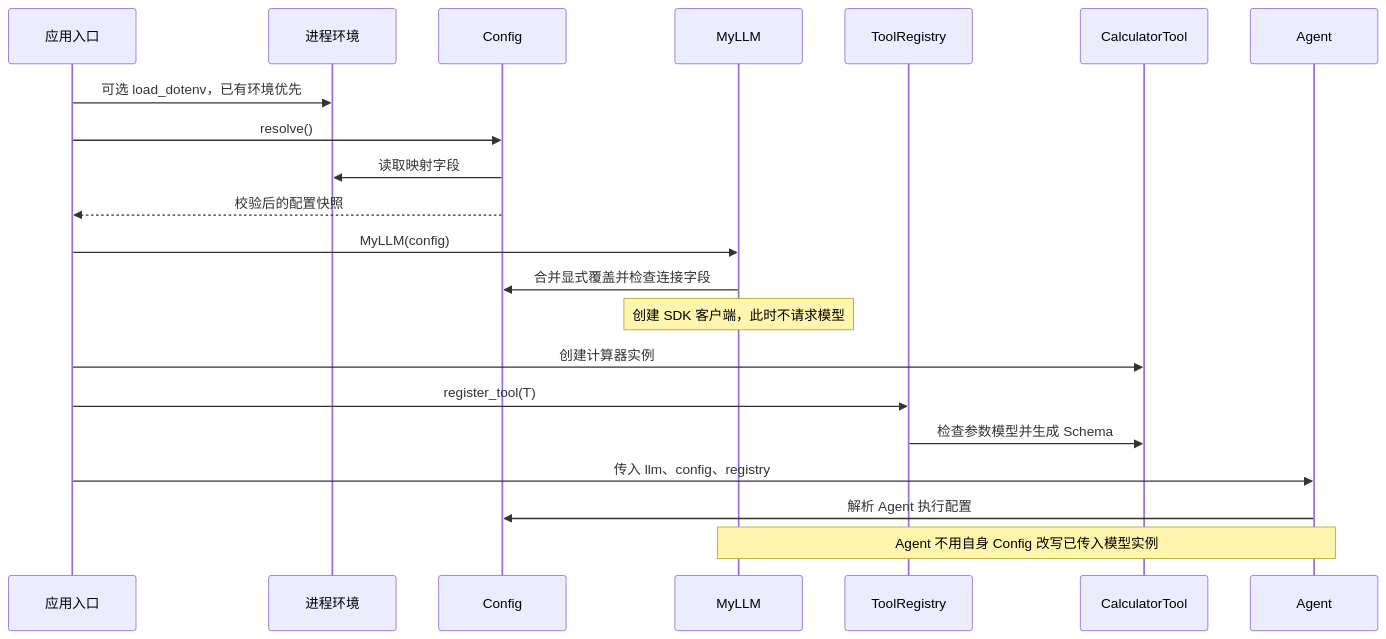
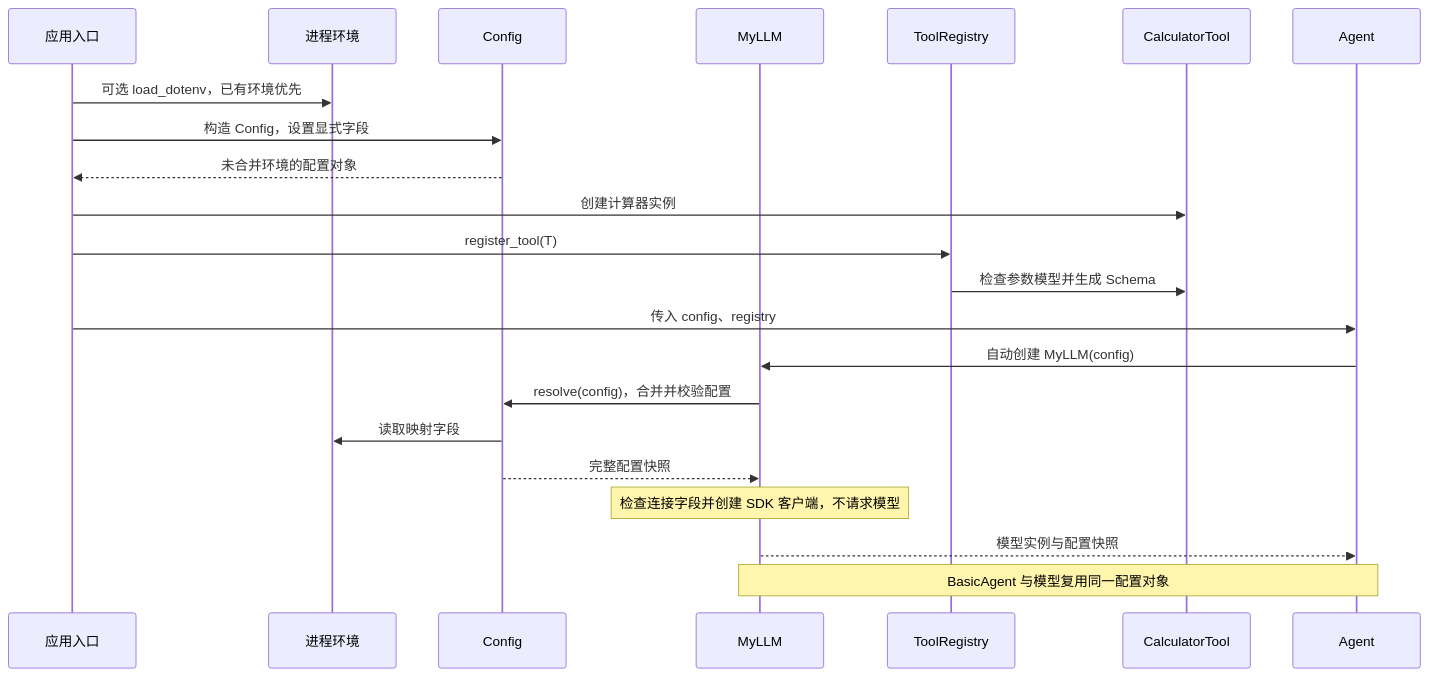
Diagram 12 of 16 in TECHNICAL_REPORT.md (elsieMeng0424/BPCAgent), drawn with Mermaid before and after one commit. The commit also changed other lines of this file and 8 other files, not shown here.

````diff
--- a/TECHNICAL_REPORT.md
+++ b/TECHNICAL_REPORT.md
@@ -422,23 +422,25 @@
 ```mermaid
 sequenceDiagram
     participant App as 应用入口
     participant Env as 进程环境
     participant C as Config
     participant M as MyLLM
     participant R as ToolRegistry
     participant T as CalculatorTool
     participant A as Agent
     App->>Env: 可选 load_dotenv，已有环境优先
-    App->>C: resolve()
-    C->>Env: 读取映射字段
-    C-->>App: 校验后的配置快照
-    App->>M: MyLLM(config)
-    M->>C: 合并显式覆盖并检查连接字段
-    Note over M: 创建 SDK 客户端，此时不请求模型
+    App->>C: 构造 Config，设置显式字段
+    C-->>App: 未合并环境的配置对象
     App->>T: 创建计算器实例
     App->>R: register_tool(T)
     R->>T: 检查参数模型并生成 Schema
-    App->>A: 传入 llm、config、registry
-    A->>C: 解析 Agent 执行配置
-    Note over A,M: Agent 不用自身 Config 改写已传入模型实例
+    App->>A: 传入 config、registry
+    A->>M: 自动创建 MyLLM(config)
+    M->>C: resolve(config)，合并并校验配置
+    C->>Env: 读取映射字段
+    C-->>M: 完整配置快照
+    Note over M: 检查连接字段并创建 SDK 客户端，不请求模型
+    M-->>A: 模型实例与配置快照
+    Note over A,M: BasicAgent 与模型复用同一配置对象
+
 ```
````
